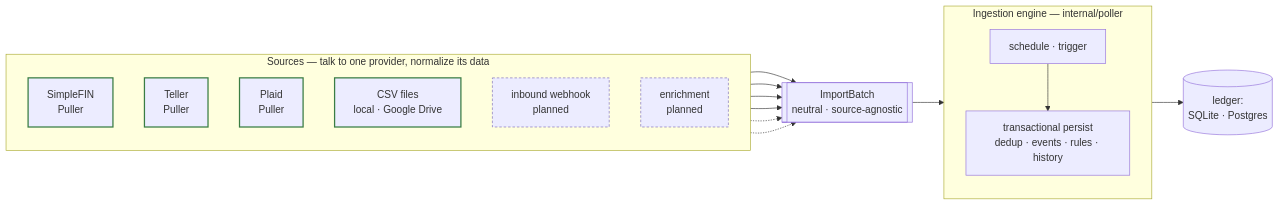
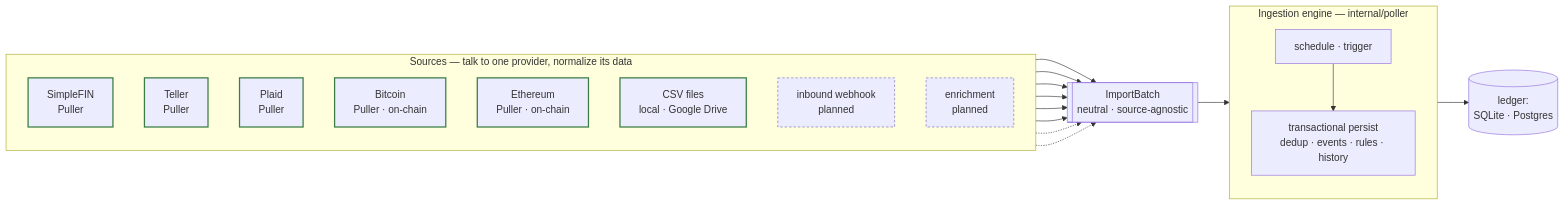
The diagram in docs/architecture/ingestion.md (paulmeier/kasas), drawn with Mermaid before and after one commit. The commit also changed other lines of this file and 20 other files, not shown here.

First line of the commit message:
feat: add Bitcoin and Ethereum address-watching sources (#82)

````diff
--- a/docs/architecture/ingestion.md
+++ b/docs/architecture/ingestion.md
@@ -21,33 +22,37 @@
 ```mermaid
 flowchart LR
     subgraph srcs["Sources — talk to one provider, normalize its data"]
         direction TB
         SF[SimpleFIN<br/>Puller]:::live
         TL[Teller<br/>Puller]:::live
         PL[Plaid<br/>Puller]:::live
+        BTC[Bitcoin<br/>Puller · on-chain]:::live
+        ETH[Ethereum<br/>Puller · on-chain]:::live
         CSV[CSV files<br/>local · Google Drive]:::live
         WHK[inbound webhook<br/>planned]:::soon
         ENR[enrichment<br/>planned]:::soon
     end
 
     BATCH[["ImportBatch<br/>neutral · source-agnostic"]]
 
     subgraph eng["Ingestion engine — internal/poller"]
         direction TB
         SCHED[schedule · trigger]
         PERSIST["transactional persist<br/>dedup · events · rules · history"]
         SCHED --> PERSIST
     end
 
     SF --> BATCH
     TL --> BATCH
     PL --> BATCH
+    BTC --> BATCH
+    ETH --> BATCH
     CSV --> BATCH
     WHK -.-> BATCH
     ENR -.-> BATCH
     BATCH --> eng
     eng --> DB[(ledger:<br/>SQLite · Postgres)]
 
     classDef live stroke:#3a7d44,stroke-width:2px;
     classDef soon stroke:#7a68b8,stroke-width:1px,stroke-dasharray:4 3;
 ```
````
